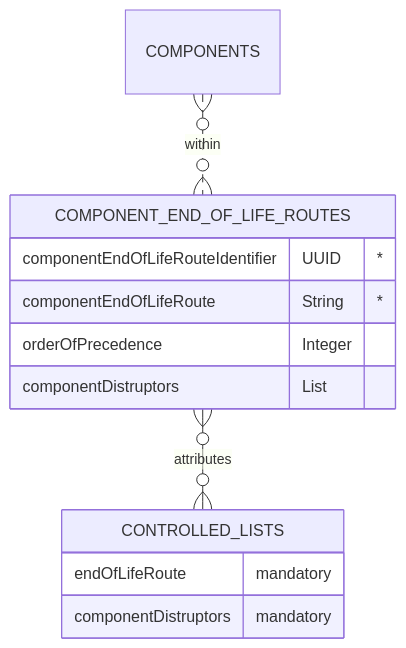
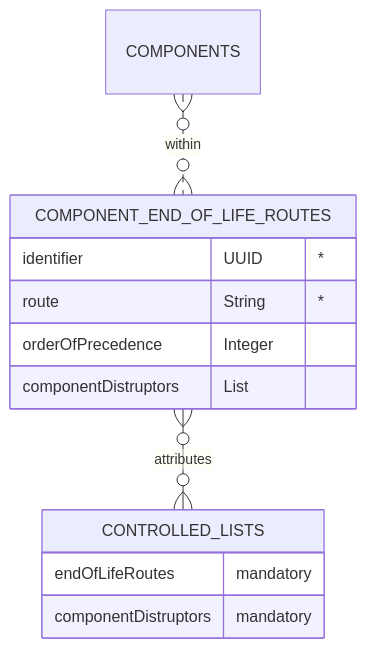
One commit to OpenDataManchester/OSTFD changed the diagram in docs/relationship-lists/component-end-of-life-routes.md. Above: the diagram before and after it, drawn with Mermaid. The commit also changed other lines of this file and 46 other files, not shown here.

````diff
--- a/docs/relationship-lists/component-end-of-life-routes.md
+++ b/docs/relationship-lists/component-end-of-life-routes.md
@@ -20,16 +20,16 @@
 ``` mermaid
 erDiagram
 
   COMPONENTS }o..o{ COMPONENT_END_OF_LIFE_ROUTES : within
   COMPONENT_END_OF_LIFE_ROUTES {
-    componentEndOfLifeRouteIdentifier UUID "*"
-    componentEndOfLifeRoute String "*"
+    identifier UUID "*"
+    route String "*"
     orderOfPrecedence Integer
     componentDistruptors List
   }
   COMPONENT_END_OF_LIFE_ROUTES }o--o{ CONTROLLED_LISTS : attributes
   CONTROLLED_LISTS {
-    endOfLifeRoute mandatory
+    endOfLifeRoutes mandatory
     componentDistruptors mandatory
   }
 ```
````
